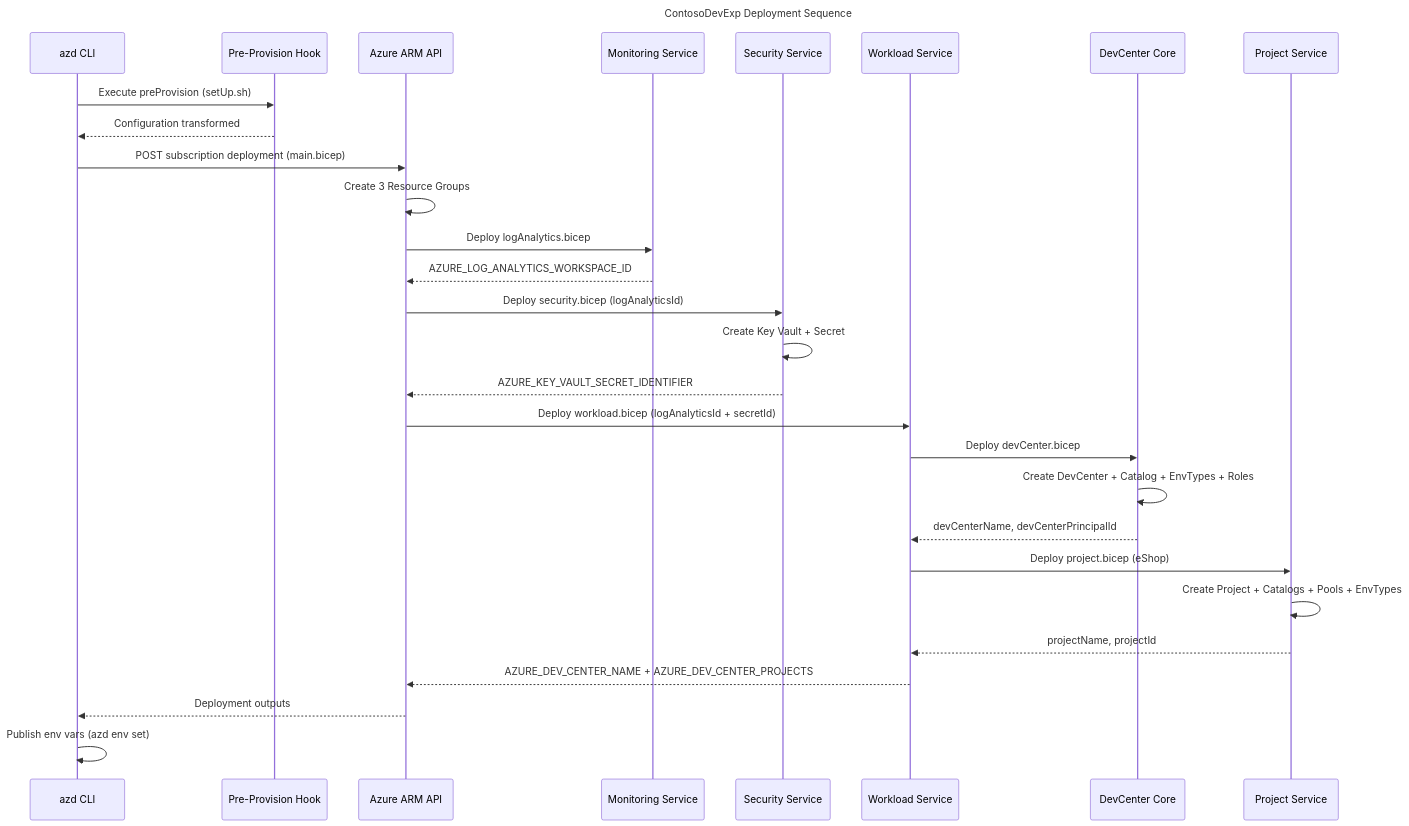
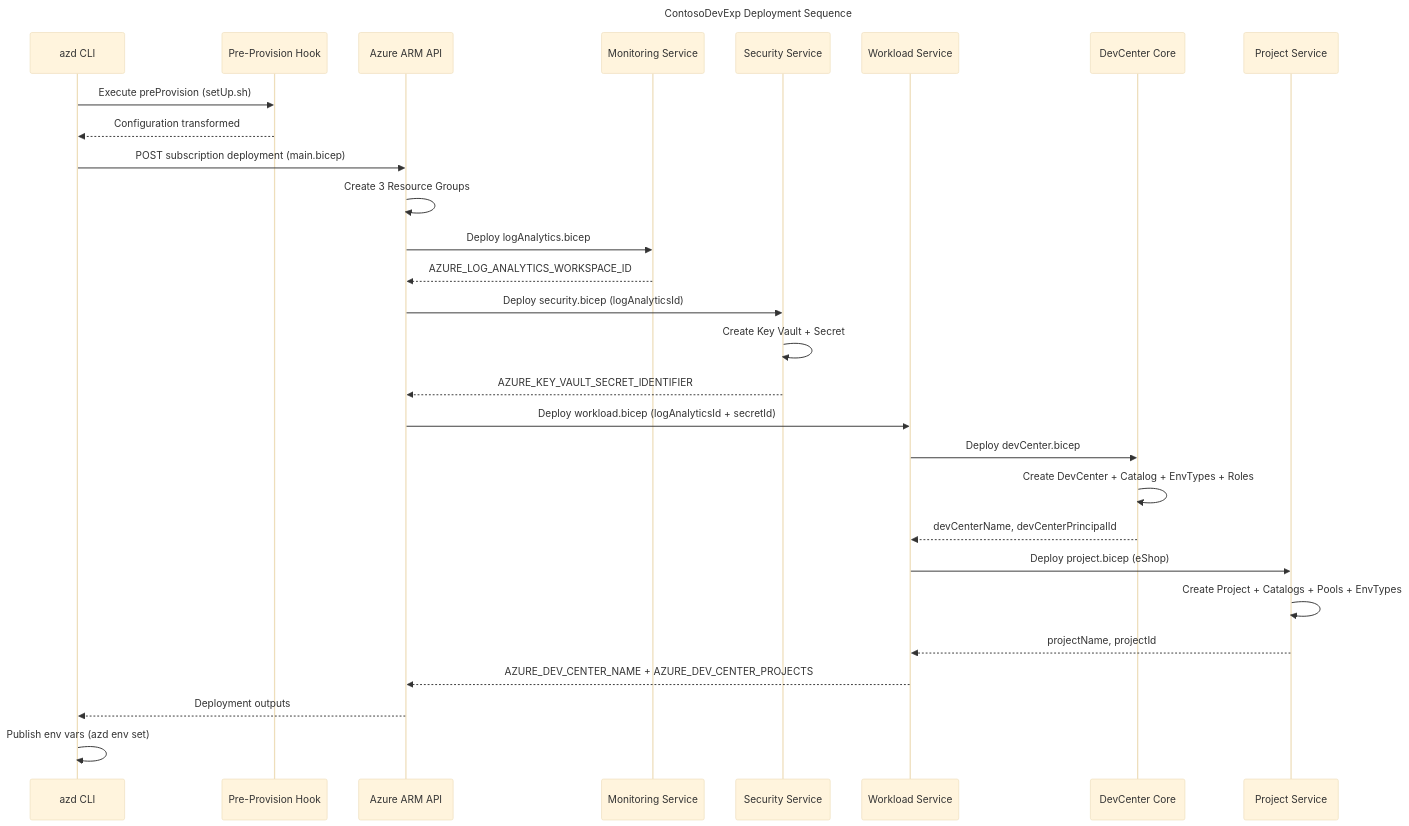
One commit to Evilazaro/DevExp-DevBox changed the fourth of 5 diagrams in docs/architecture/app-arch.md. Above: the diagram before and after it, drawn with Mermaid. The commit also changed other lines of this file and 3 other files, not shown here.

First line of the commit message:
Enhance architecture documentation with detailed descriptions and WCAG compliance

````diff
--- a/docs/architecture/app-arch.md
+++ b/docs/architecture/app-arch.md
@@ -1185,37 +1242,53 @@
 ```mermaid
 ---
-title: ContosoDevExp Deployment Sequence
+title: "ContosoDevExp Deployment Sequence"
+config:
+  theme: base
+  look: classic
+  layout: dagre
+  themeVariables:
+    fontSize: '16px'
 ---
 sequenceDiagram
     accTitle: ContosoDevExp Deployment Sequence
-    accDescr: Shows the sequence of deployments and service interactions during azd provision
+    accDescr: Shows the sequence of deployments and service interactions during azd provision. Participants: AZD=developer CLI, HOOK=pre-provision script, ARM=Azure Resource Manager, MON=monitoring service, SEC=security service, WRK=workload service, DC=DevCenter service, PROJ=project service. WCAG AA compliant.
+    %%
+    %% AZURE / FLUENT ARCHITECTURE PATTERN v2.0
+    %% (Semantic + Structural + Font + Accessibility Governance)
+    %%
+    %% PHASE 1 - FLUENT UI: All styling uses approved Fluent UI palette only
+    %% PHASE 2 - GROUPS: Every subgraph has semantic color via style directive
+    %% PHASE 3 - COMPONENTS: Every node has semantic classDef + icon prefix
+    %% PHASE 4 - ACCESSIBILITY: accTitle/accDescr present, WCAG AA contrast
+    %% PHASE 5 - STANDARD: Governance block present, classDefs centralized
+    %%
 
     participant AZD as azd CLI
     participant HOOK as Pre-Provision Hook
     participant ARM as Azure ARM API
     participant MON as Monitoring Service
     participant SEC as Security Service
     participant WRK as Workload Service
     participant DC as DevCenter Core
     participant PROJ as Project Service
 
     AZD->>HOOK: Execute preProvision (setUp.sh)
     HOOK-->>AZD: Configuration transformed
     AZD->>ARM: POST subscription deployment (main.bicep)
     ARM->>ARM: Create 3 Resource Groups
     ARM->>MON: Deploy logAnalytics.bicep
     MON-->>ARM: AZURE_LOG_ANALYTICS_WORKSPACE_ID
     ARM->>SEC: Deploy security.bicep (logAnalyticsId)
     SEC->>SEC: Create Key Vault + Secret
     SEC-->>ARM: AZURE_KEY_VAULT_SECRET_IDENTIFIER
     ARM->>WRK: Deploy workload.bicep (logAnalyticsId + secretId)
     WRK->>DC: Deploy devCenter.bicep
     DC->>DC: Create DevCenter + Catalog + EnvTypes + Roles
     DC-->>WRK: devCenterName, devCenterPrincipalId
     WRK->>PROJ: Deploy project.bicep (eShop)
     PROJ->>PROJ: Create Project + Catalogs + Pools + EnvTypes
     PROJ-->>WRK: projectName, projectId
     WRK-->>ARM: AZURE_DEV_CENTER_NAME + AZURE_DEV_CENTER_PROJECTS
     ARM-->>AZD: Deployment outputs
     AZD->>AZD: Publish env vars (azd env set)
 ```
````
